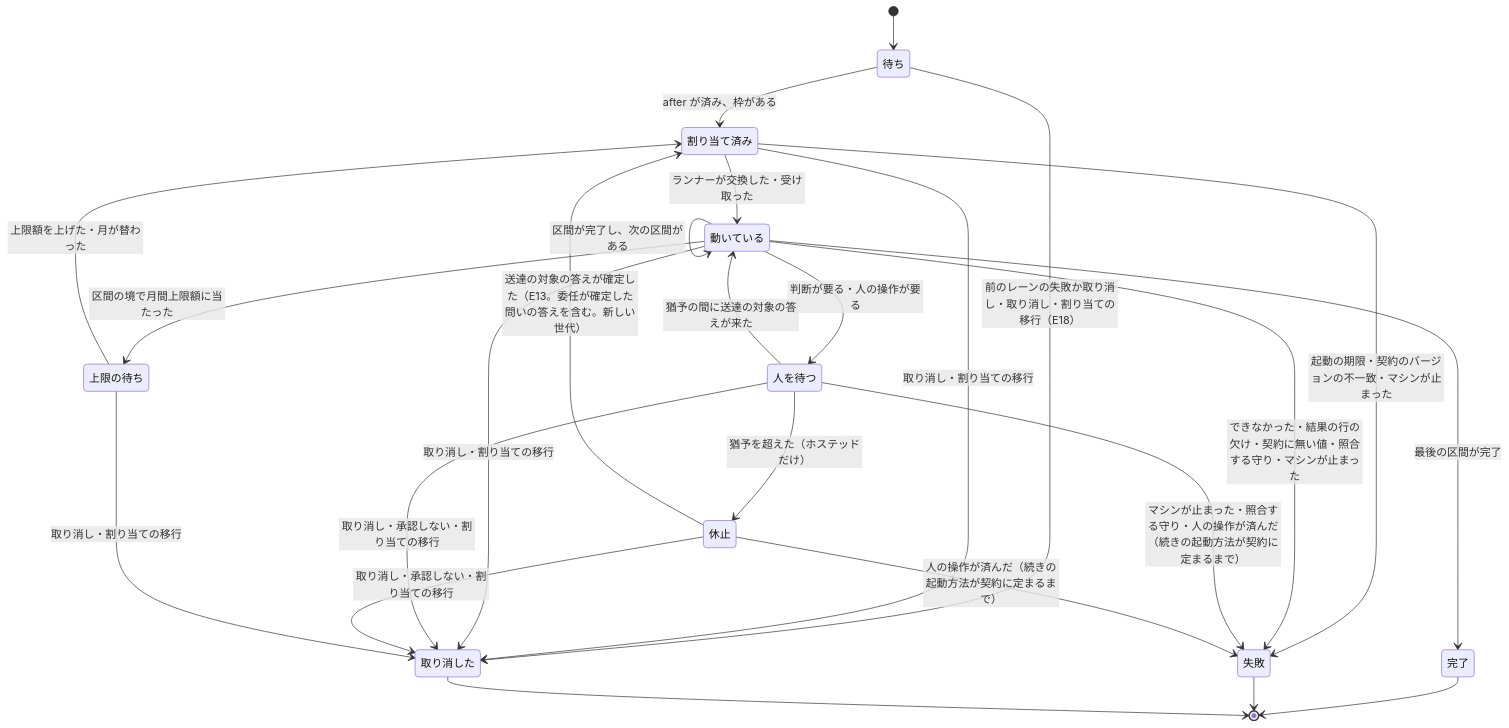
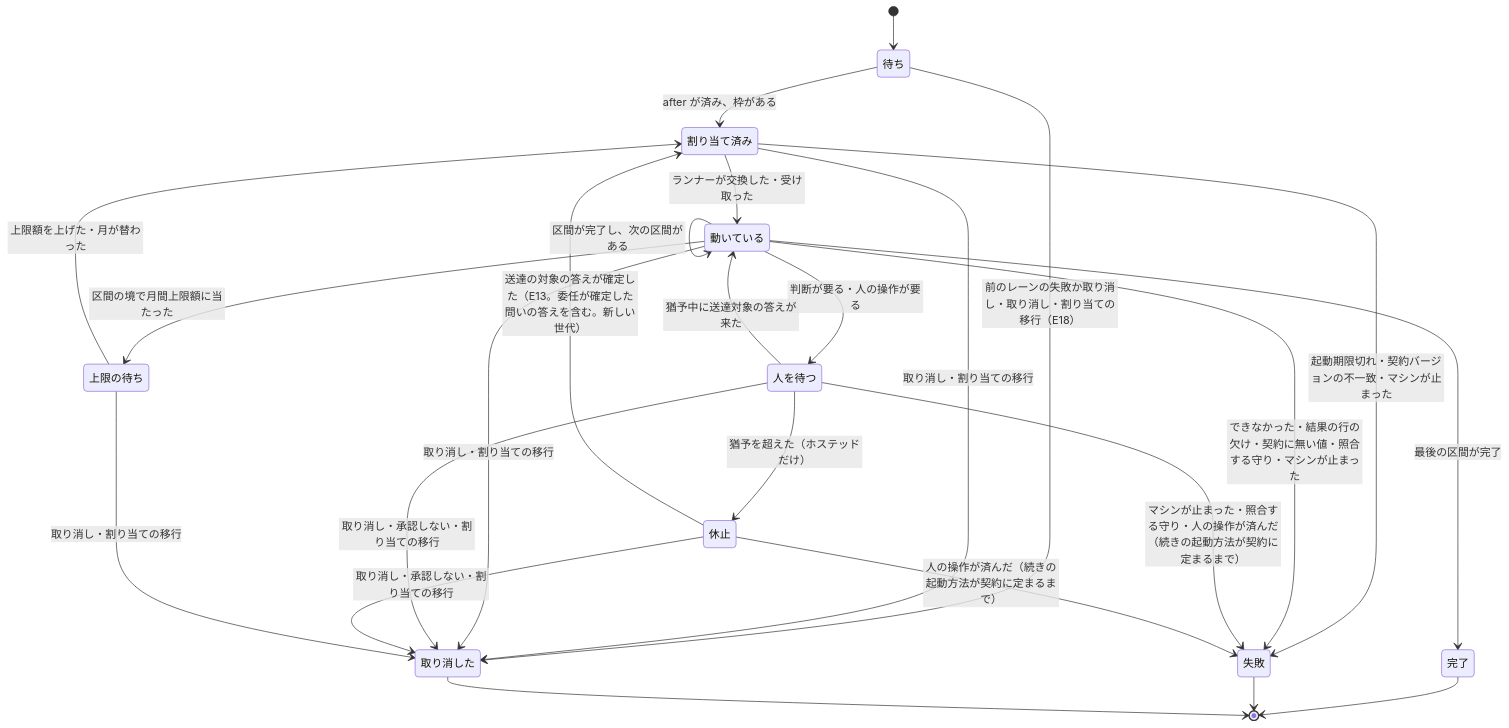
One commit to devbasex/nd-factory changed the fourth of 10 diagrams in docs/design/execution.md. Above: the diagram before and after it, drawn with Mermaid. The commit also changed other lines of this file and 8 other files, not shown here.

````diff
--- a/docs/design/execution.md
+++ b/docs/design/execution.md
@@ -120,27 +120,27 @@
 ```mermaid
 stateDiagram-v2
     [*] --> 待ち
     待ち --> 割り当て済み: after が済み、枠がある
     待ち --> 取り消した: 前のレーンの失敗か取り消し・取り消し・割り当ての移行（E18）
     割り当て済み --> 動いている: ランナーが交換した・受け取った
-    割り当て済み --> 失敗: 起動の期限・契約のバージョンの不一致・マシンが止まった
+    割り当て済み --> 失敗: 起動期限切れ・契約バージョンの不一致・マシンが止まった
     割り当て済み --> 取り消した: 取り消し・割り当ての移行
     動いている --> 動いている: 区間が完了し、次の区間がある
     動いている --> 人を待つ: 判断が要る・人の操作が要る
-    人を待つ --> 動いている: 猶予の間に送達の対象の答えが来た
+    人を待つ --> 動いている: 猶予中に送達対象の答えが来た
     人を待つ --> 休止: 猶予を超えた（ホステッドだけ）
     休止 --> 割り当て済み: 送達の対象の答えが確定した（E13。委任が確定した問いの答えを含む。新しい世代）
     動いている --> 上限の待ち: 区間の境で月間上限額に当たった
     上限の待ち --> 割り当て済み: 上限額を上げた・月が替わった
     動いている --> 完了: 最後の区間が完了
     動いている --> 失敗: できなかった・結果の行の欠け・契約に無い値・照合する守り・マシンが止まった
     人を待つ --> 失敗: マシンが止まった・照合する守り・人の操作が済んだ（続きの起動方法が契約に定まるまで）
     休止 --> 失敗: 人の操作が済んだ（続きの起動方法が契約に定まるまで）
     動いている --> 取り消した: 取り消し・割り当ての移行
     人を待つ --> 取り消した: 取り消し・承認しない・割り当ての移行
     休止 --> 取り消した: 取り消し・承認しない・割り当ての移行
     上限の待ち --> 取り消した: 取り消し・割り当ての移行
     完了 --> [*]
     失敗 --> [*]
     取り消した --> [*]
 ```
````
